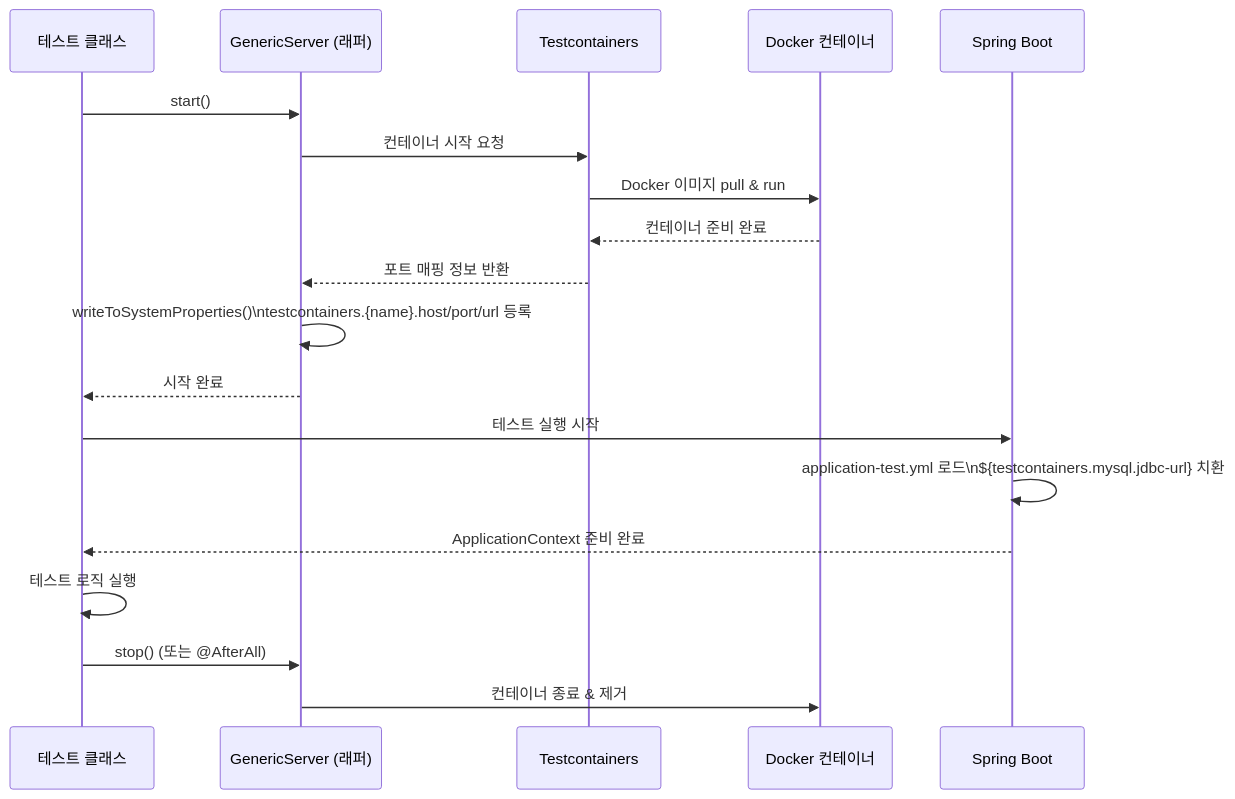
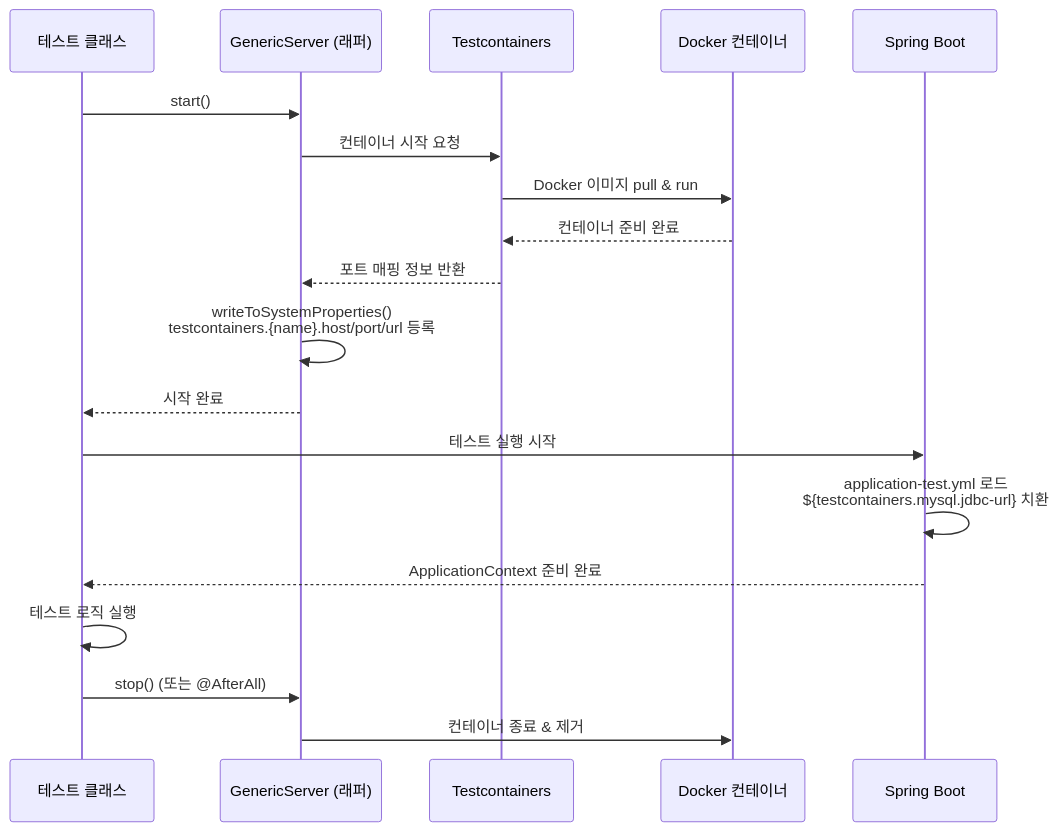
The first of 2 diagrams in testing/testcontainers/README.md (bluetape4k/bluetape4k-projects), drawn with Mermaid before and after one commit. The commit also changed other lines of this file and 54 other files, not shown here.

Commit message:
docs: add UML and normalize Mermaid in module READMEs

````diff
--- a/testing/testcontainers/README.md
+++ b/testing/testcontainers/README.md
@@ -156,25 +156,25 @@
 ```mermaid
 sequenceDiagram
     participant TEST as 테스트 클래스
     participant SERVER as GenericServer (래퍼)
     participant TC as Testcontainers
     participant DOCKER as Docker 컨테이너
     participant SPRING as Spring Boot
 
     TEST->>SERVER: start()
     SERVER->>TC: 컨테이너 시작 요청
     TC->>DOCKER: Docker 이미지 pull & run
     DOCKER-->>TC: 컨테이너 준비 완료
     TC-->>SERVER: 포트 매핑 정보 반환
-    SERVER->>SERVER: writeToSystemProperties()\ntestcontainers.{name}.host/port/url 등록
+    SERVER->>SERVER: writeToSystemProperties()<br/>testcontainers.{name}.host/port/url 등록
     SERVER-->>TEST: 시작 완료
 
     TEST->>SPRING: 테스트 실행 시작
-    SPRING->>SPRING: application-test.yml 로드\n${testcontainers.mysql.jdbc-url} 치환
+    SPRING->>SPRING: application-test.yml 로드<br/>${testcontainers.mysql.jdbc-url} 치환
     SPRING-->>TEST: ApplicationContext 준비 완료
 
     TEST->>TEST: 테스트 로직 실행
 
     TEST->>SERVER: stop() (또는 @AfterAll)
     SERVER->>DOCKER: 컨테이너 종료 & 제거
 ```
````
